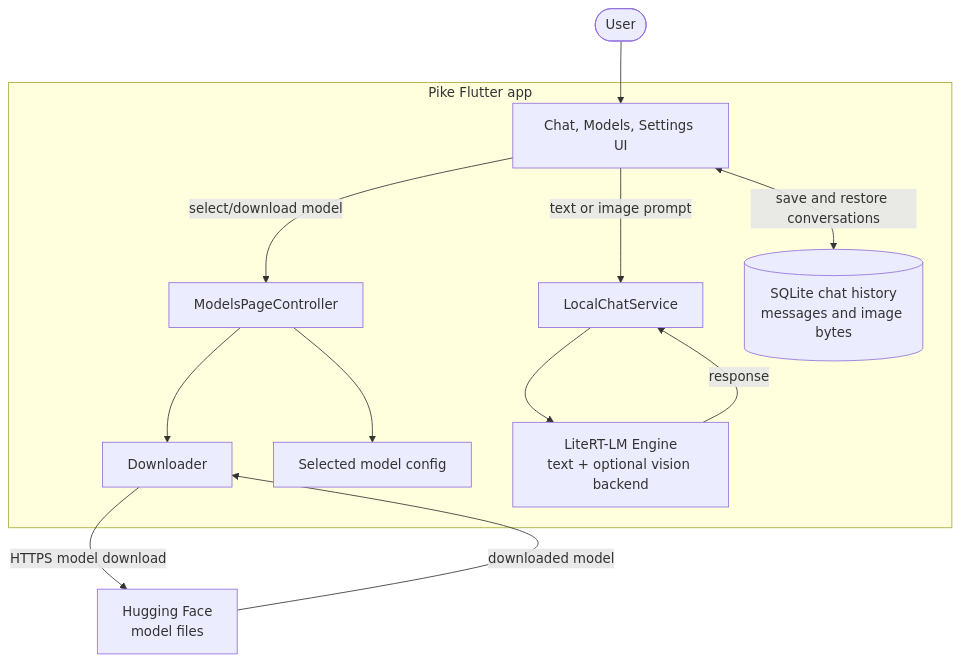
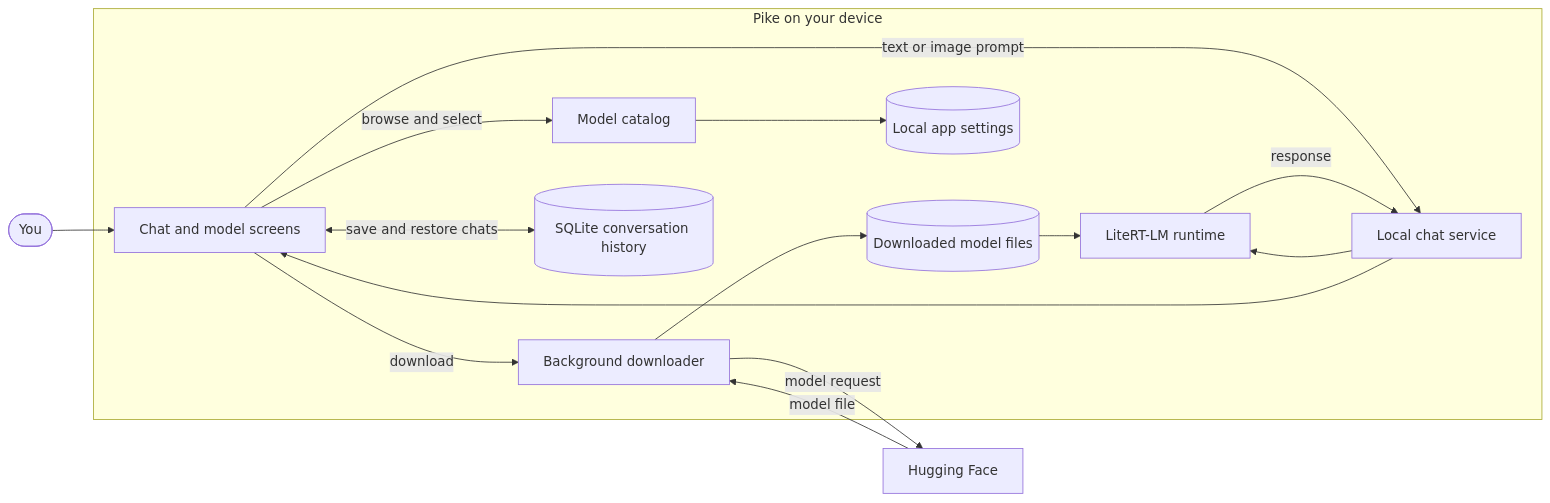
The diagram in README.md (Ravish-Vishwakarma/Pike), drawn with Mermaid before and after one commit. The commit also changed other lines of this file, not shown here.

Commit message:
Update README to enhance app description, features, and model information

````diff
--- a/README.md
+++ b/README.md
@@ -42,25 +40,29 @@
 ```mermaid
-flowchart TD
-    User([User])
-    subgraph App["Pike Flutter app"]
-        UI["Chat, Models, Settings UI"]
-        ModelController["ModelsPageController"]
-        ChatService["LocalChatService"]
-        Downloader["Downloader"]
-        Config["Selected model config"]
-        ChatDB[("SQLite chat history<br/>messages and image bytes")]
-        LiteRT["LiteRT-LM Engine<br/>text + optional vision backend"]
+flowchart LR
+    User([You])
+    subgraph Pike["Pike on your device"]
+        UI["Chat and model screens"]
+        Catalog["Model catalog"]
+        Download["Background downloader"]
+        LocalFiles[("Downloaded model files")]
+        Chat["Local chat service"]
+        Runtime["LiteRT-LM runtime"]
+        History[("SQLite conversation history")]
+        Config[("Local app settings")]
     end
-    HF["Hugging Face<br/>model files"]
+    Hub["Hugging Face"]
 
     User --> UI
-    UI -->|select/download model| ModelController
-    ModelController --> Config
-    ModelController --> Downloader
-    Downloader -->|HTTPS model download| HF
-    HF -->|downloaded model| Downloader
-    UI -->|text or image prompt| ChatService
-    ChatService --> LiteRT
-    LiteRT -->|response| ChatService
-    UI <-->|save and restore conversations| ChatDB
+    UI -->|browse and select| Catalog
+    UI -->|download| Download
+    Download -->|model request| Hub
+    Hub -->|model file| Download
+    Download --> LocalFiles
+    UI -->|text or image prompt| Chat
+    Chat --> Runtime
+    LocalFiles --> Runtime
+    Runtime -->|response| Chat
+    Chat --> UI
+    UI <-->|save and restore chats| History
+    Catalog --> Config
 ```
````
